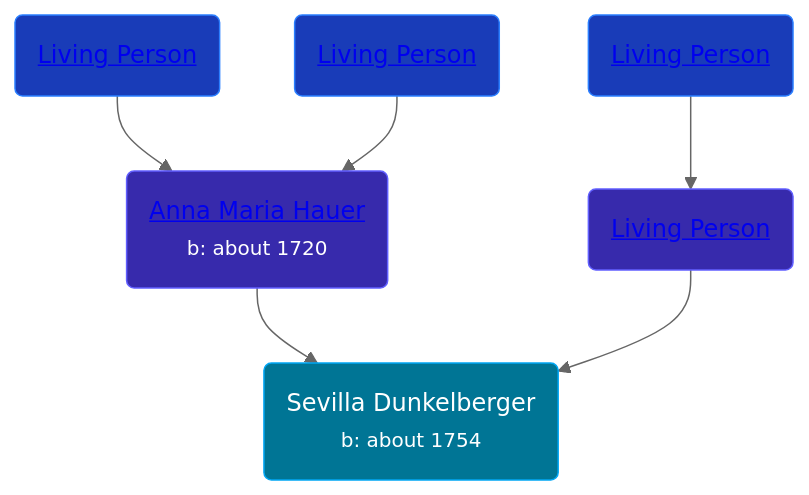
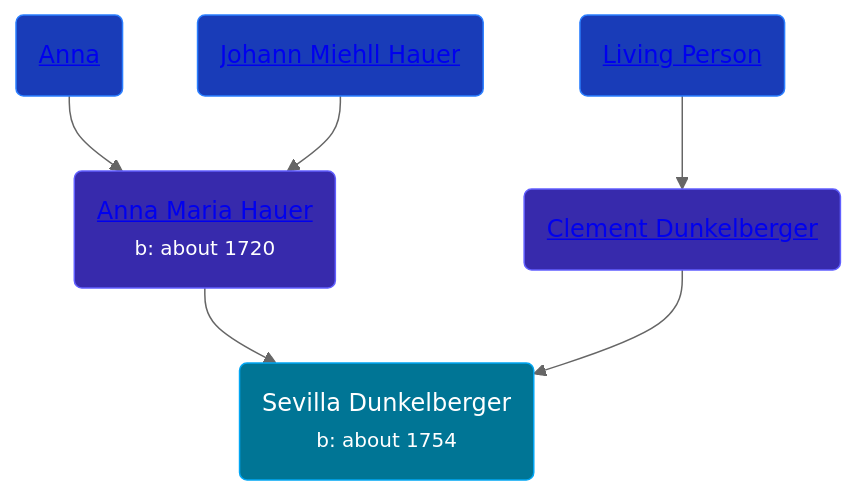
One commit to wpmgotkh/wpmgotkh.github.io changed the diagram in pages/people/4/44893832.md. Above: the diagram before and after it, drawn with Mermaid (neutral theme). The commit also changed other lines of this file and 586 other files, not shown here.

Commit message:
feat: better shouldConsiderPersonLiving algo

````diff
--- a/pages/people/4/44893832.md
+++ b/pages/people/4/44893832.md
@@ -11,12 +11,12 @@
 ```mermaid
 graph
 classDef grands fill:#193cb8,stroke:#2b7fff,stroke-width:1px,color:#fff;
 classDef parents fill:#372aac,stroke:#615fff,stroke-width:1px,color:#fff;
 classDef primary fill:#007595,stroke:#00a6f4,stroke-width:1px,color:#fff;
 44893832(Sevilla Dunkelberger<br /><small>b: about 1754</small>):::primary
 22963774(<a class="text-white" href="/people/2/22963774">Anna Maria Hauer</a><br /><small>b: about 1720</small>):::parents-->44893832
-46044031(<a class="text-white" href="/people/4/46044031">Living Person</a>):::grands-->22963774
-22920858(<a class="text-white" href="/people/2/22920858">Living Person</a>):::grands-->22963774
-13545057(<a class="text-white" href="/people/1/13545057">Living Person</a>):::parents-->44893832
+46044031(<a class="text-white" href="/people/4/46044031">Anna </a>):::grands-->22963774
+22920858(<a class="text-white" href="/people/2/22920858">Johann Miehll Hauer</a>):::grands-->22963774
+13545057(<a class="text-white" href="/people/1/13545057">Clement Dunkelberger</a>):::parents-->44893832
 18284468(<a class="text-white" href="/people/1/18284468">Living Person</a>):::grands-->13545057
 ```
````
